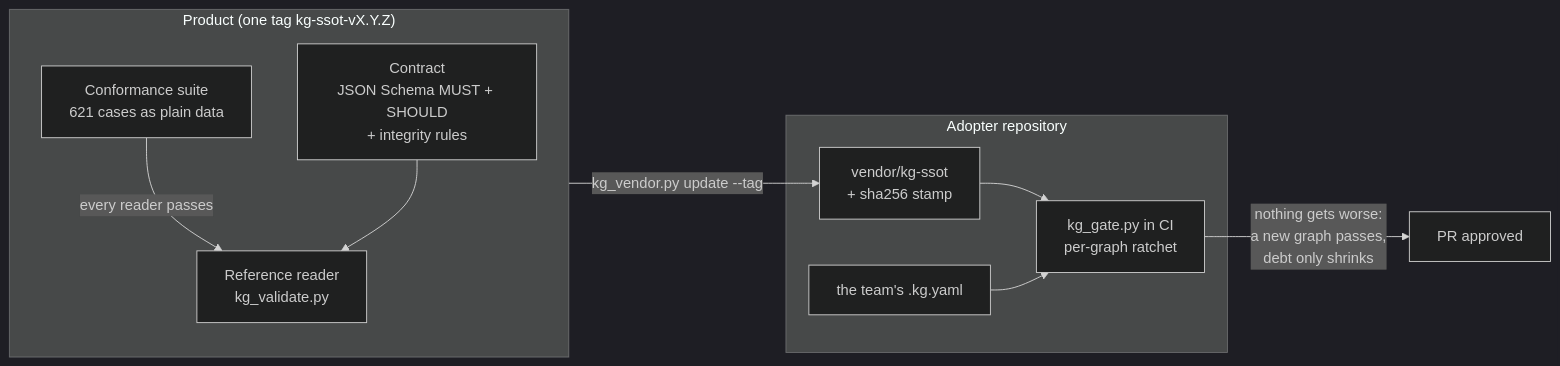
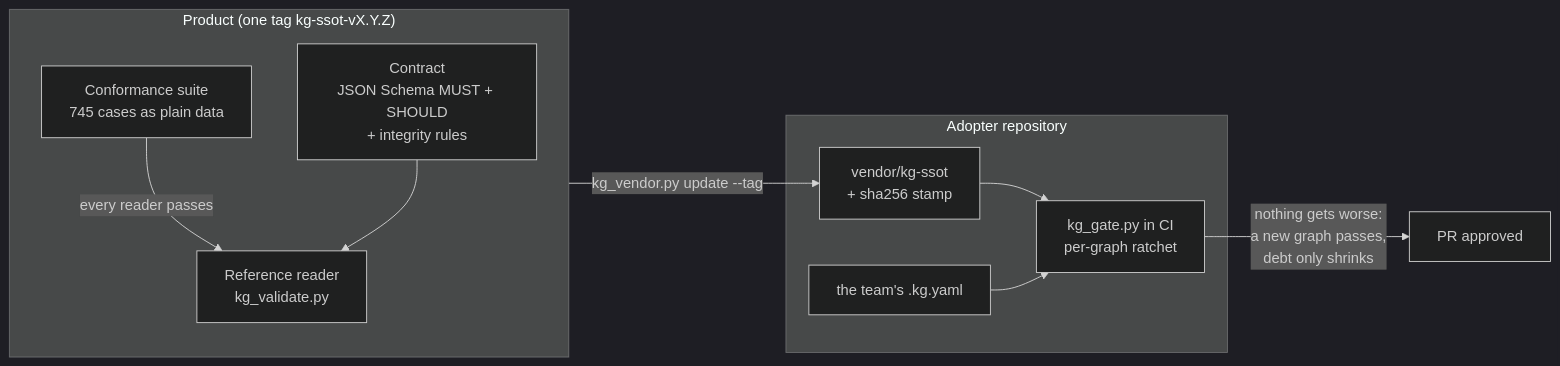
The diagram in README.md (marciocar/kg-ssot), drawn with Mermaid (dark theme) before and after one commit. The commit also changed other lines of this file and 165 other files, not shown here.

````diff
--- a/README.md
+++ b/README.md
@@ -159,19 +159,19 @@
 ```mermaid
 flowchart LR
   subgraph product["Product (one tag kg-ssot-vX.Y.Z)"]
     C["Contract<br/>JSON Schema MUST + SHOULD<br/>+ integrity rules"]
-    S["Conformance suite<br/>621 cases as plain data"]
+    S["Conformance suite<br/>745 cases as plain data"]
     R["Reference reader<br/>kg_validate.py"]
     S -- "every reader passes" --> R
     C --> R
   end
   subgraph adopter["Adopter repository"]
     V["vendor/kg-ssot<br/>+ sha256 stamp"]
     G["kg_gate.py in CI<br/>per-graph ratchet"]
     K["the team's .kg.yaml"]
     V --> G
     K --> G
   end
   product -- "kg_vendor.py update --tag" --> V
   G -- "nothing gets worse:<br/>a new graph passes,<br/>debt only shrinks" --> PR["PR approved"]
 ```
````
